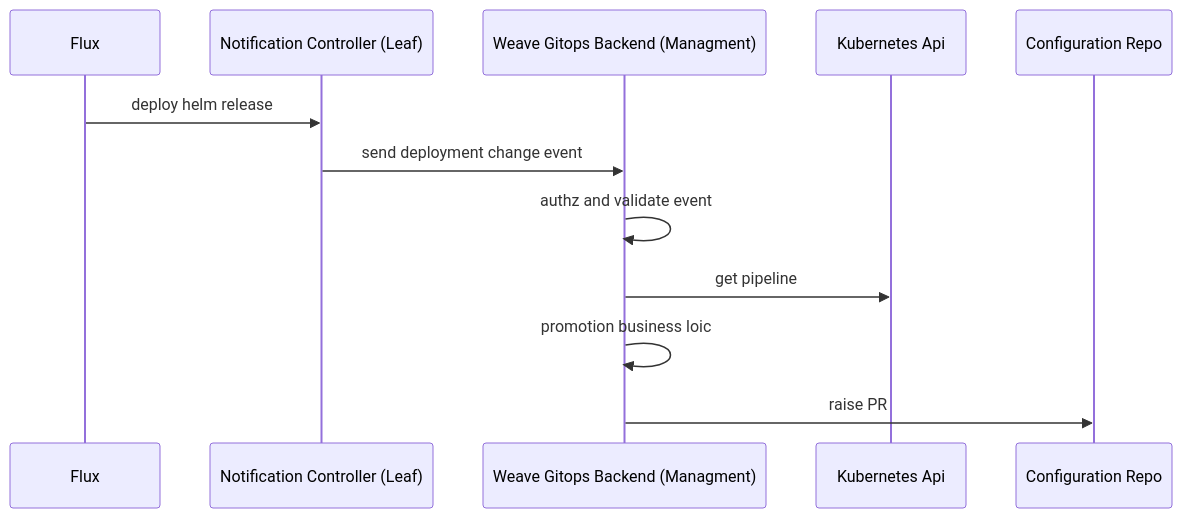
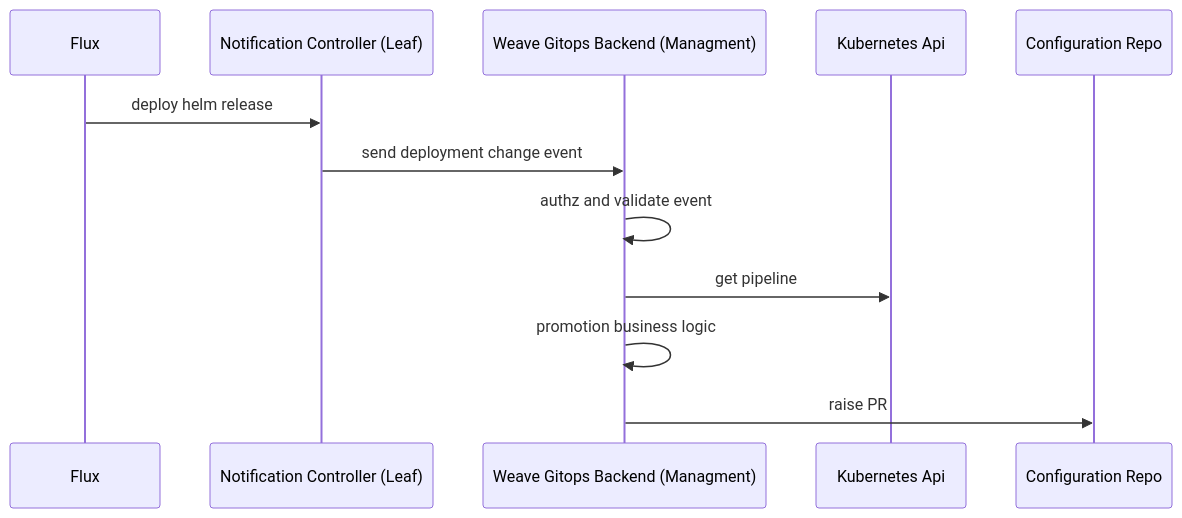
Before and after one commit to weaveworks/weave-gitops-private: the second of 4 diagrams in docs/rfcs/0003-pipelines-promotion/README.md, drawn with Mermaid. The commit also changed other lines of this file, not shown here.

````diff
--- a/docs/rfcs/0003-pipelines-promotion/README.md
+++ b/docs/rfcs/0003-pipelines-promotion/README.md
@@ -154,15 +154,15 @@
 ```mermaid
    sequenceDiagram
     participant F as Flux
     participant LC as Notification Controller (Leaf)
     F->>LC: deploy helm release
     LC->>wge: send deployment change event
     participant wge as Weave Gitops Backend (Managment)
     wge->>wge: authz and validate event
     participant k8s as Kubernetes Api
     wge->>k8s: get pipeline
-    wge->>wge: promotion business loic
+    wge->>wge: promotion business logic
     participant k8s as Kubernetes Api
     wge->>configRepo: raise PR
     participant configRepo as Configuration Repo
 ```
````
